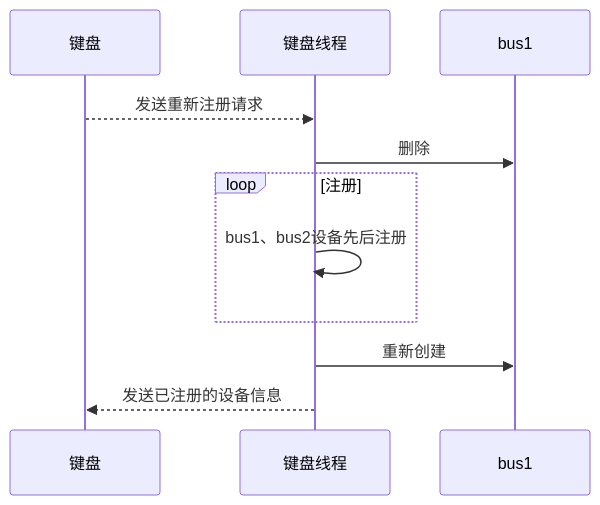
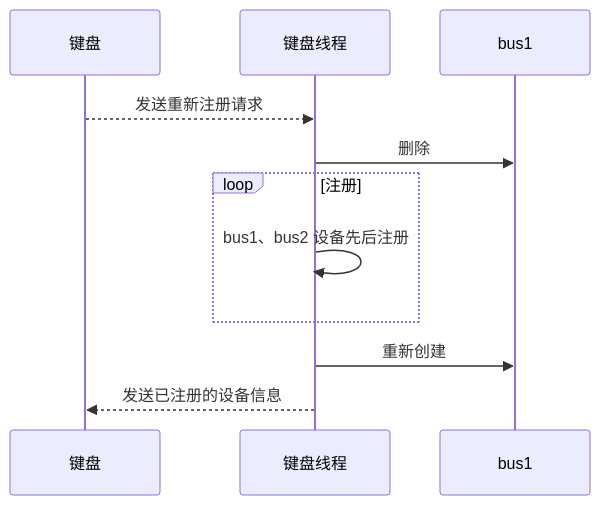
Before and after one commit to 24849748/techNote: the fourth of 5 diagrams in source/_posts/tools/Mermaid语法学习.md, drawn with Mermaid. The commit also changed other lines of this file and 5 other files, not shown here.

````diff
--- a/source/_posts/tools/Mermaid语法学习.md
+++ b/source/_posts/tools/Mermaid语法学习.md
@@ -79,12 +87,12 @@
 ```mermaid
 sequenceDiagram
     键盘 -->> 键盘线程 : 发送重新注册请求
     %%键盘线程 ->> + bus1 : 删除
     键盘线程 ->> bus1 : 删除
     loop 注册
-    键盘线程 ->> 键盘线程 : bus1、bus2设备先后注册
+    键盘线程 ->> 键盘线程 : bus1、bus2 设备先后注册
     end
     %%bus1 ->> - 键盘线程 : 重新创建
     键盘线程 ->> bus1  : 重新创建
     键盘线程 -->> 键盘 : 发送已注册的设备信息
 ```
````
